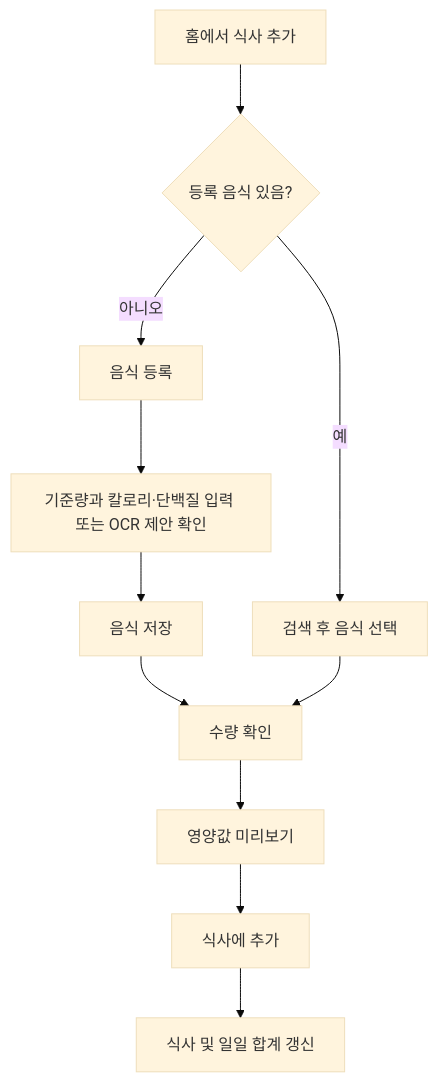
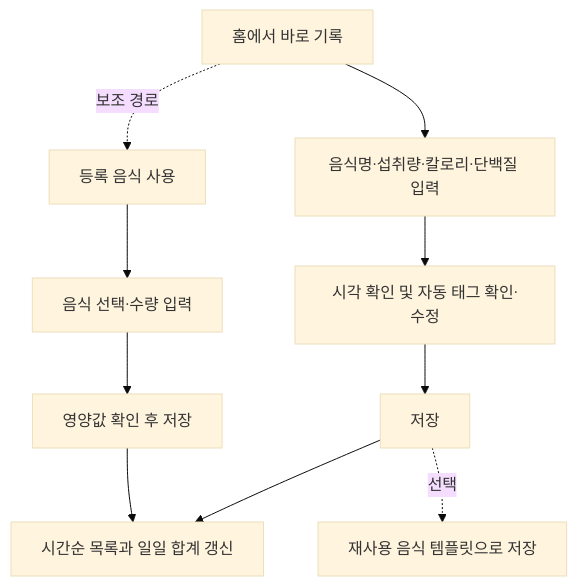
Before and after one commit to haZuny/noshnote: the diagram in doc/meal-tracker-PRD.md, drawn with Mermaid (base theme). The commit also changed other lines of this file and 2 other files, not shown here.

````diff
--- a/doc/meal-tracker-PRD.md
+++ b/doc/meal-tracker-PRD.md
@@ -224,13 +243,12 @@
 ```mermaid
 flowchart TD
-  A[홈에서 식사 추가] --> B{등록 음식 있음?}
-  B -- 아니오 --> C[음식 등록]
-  C --> D[기준량과 칼로리·단백질 입력 또는 OCR 제안 확인]
-  D --> E[음식 저장]
-  B -- 예 --> F[검색 후 음식 선택]
-  E --> G[수량 확인]
-  F --> G
-  G --> H[영양값 미리보기]
-  H --> I[식사에 추가]
-  I --> J[식사 및 일일 합계 갱신]
+  A[홈에서 바로 기록] --> B[음식명·섭취량·칼로리·단백질 입력]
+  B --> C[시각 확인 및 자동 태그 확인·수정]
+  C --> D[저장]
+  D --> E[시간순 목록과 일일 합계 갱신]
+  D -. 선택 .-> F[재사용 음식 템플릿으로 저장]
+  A -. 보조 경로 .-> G[등록 음식 사용]
+  G --> H[음식 선택·수량 입력]
+  H --> I[영양값 확인 후 저장]
+  I --> E
 ```
````
